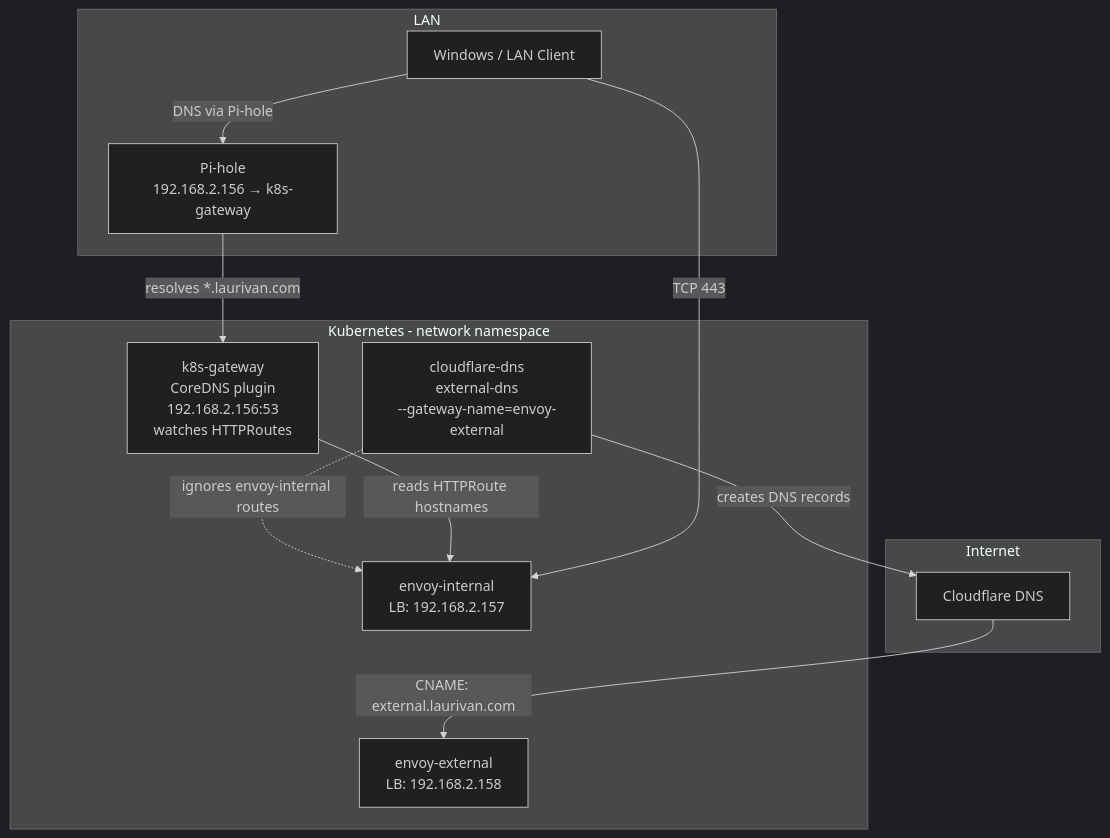
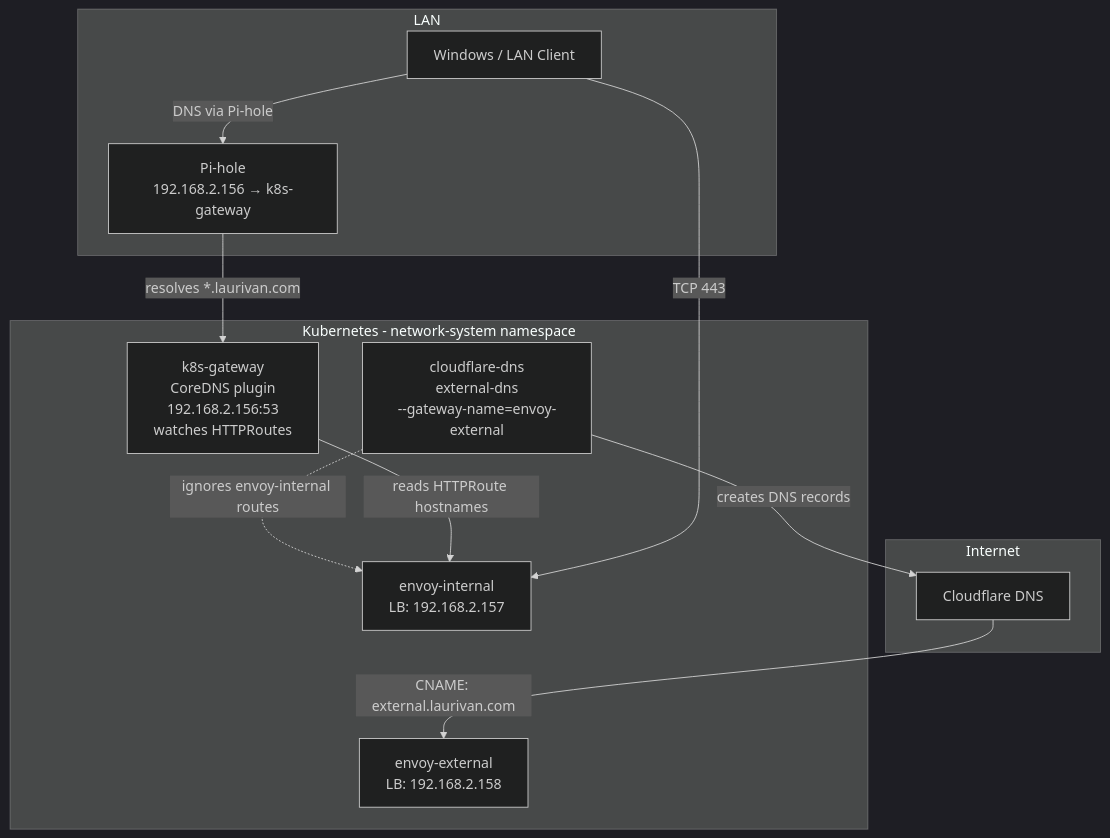
One commit to equinoxel/home-ops changed the first of 2 diagrams in docs/faqs/internal-services-not-accessible.md. Above: the diagram before and after it, drawn with Mermaid (dark theme). The commit also changed other lines of this file and 143 other files, not shown here.

First line of the commit message:
refactor(network): rename apps/network to network-system and rebuild namespaces

````diff
--- a/docs/faqs/internal-services-not-accessible.md
+++ b/docs/faqs/internal-services-not-accessible.md
@@ -11,27 +11,27 @@
 ```mermaid
 graph TD
     subgraph Internet
         CF[Cloudflare DNS]
     end
 
     subgraph LAN
         Win[Windows / LAN Client]
         PH[Pi-hole\n192.168.2.156 → k8s-gateway]
     end
 
-    subgraph Kubernetes - network namespace
+    subgraph Kubernetes - network-system namespace
         EXT[envoy-external\nLB: 192.168.2.158]
         INT[envoy-internal\nLB: 192.168.2.157]
         EXTDNS[cloudflare-dns\nexternal-dns\n--gateway-name=envoy-external]
         K8SGW[k8s-gateway\nCoreDNS plugin\n192.168.2.156:53\nwatches HTTPRoutes]
     end
 
     CF -->|CNAME: external.laurivan.com| EXT
     EXTDNS -->|creates DNS records| CF
     EXTDNS -.->|ignores envoy-internal routes| INT
 
     PH -->|resolves *.laurivan.com| K8SGW
     K8SGW -->|reads HTTPRoute hostnames| INT
     Win -->|DNS via Pi-hole| PH
     Win -->|TCP 443| INT
 ```
````
